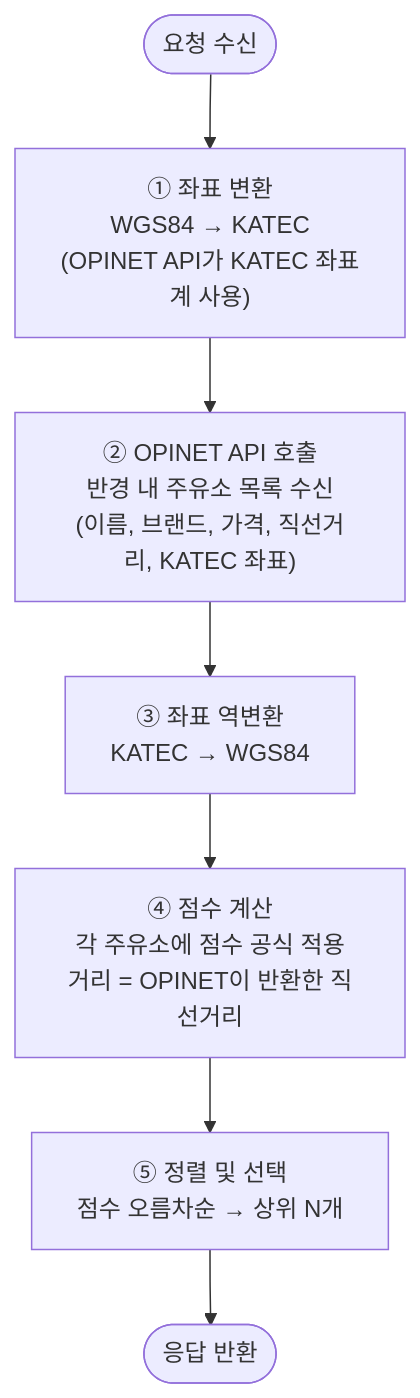
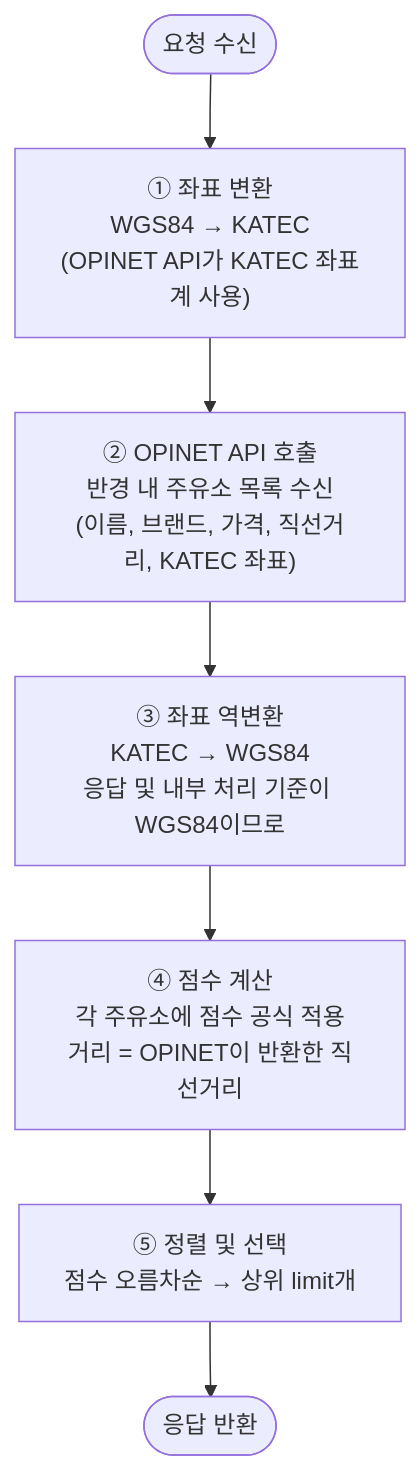
The second of 4 diagrams in docs/recommendation-flow.md (m-a-king/location-based-gas-station-recommendation), drawn with Mermaid before and after one commit. The commit also changed other lines of this file, not shown here.

First line of the commit message:
docs: 다이어그램 각 단계에 의도·목적 설명 보강

````diff
--- a/docs/recommendation-flow.md
+++ b/docs/recommendation-flow.md
@@ -59,14 +59,14 @@
 ```mermaid
 flowchart TD
     A([요청 수신]) --> B
     B["① 좌표 변환<br/>WGS84 → KATEC<br/>(OPINET API가 KATEC 좌표계 사용)"]
     B --> C
     C["② OPINET API 호출<br/>반경 내 주유소 목록 수신<br/>(이름, 브랜드, 가격, 직선거리, KATEC 좌표)"]
     C --> D
-    D["③ 좌표 역변환<br/>KATEC → WGS84"]
+    D["③ 좌표 역변환<br/>KATEC → WGS84<br/>응답 및 내부 처리 기준이 WGS84이므로"]
     D --> E
     E["④ 점수 계산<br/>각 주유소에 점수 공식 적용<br/>거리 = OPINET이 반환한 직선거리"]
     E --> F
-    F["⑤ 정렬 및 선택<br/>점수 오름차순 → 상위 N개"]
+    F["⑤ 정렬 및 선택<br/>점수 오름차순 → 상위 limit개"]
     F --> G([응답 반환])
 ```
````
